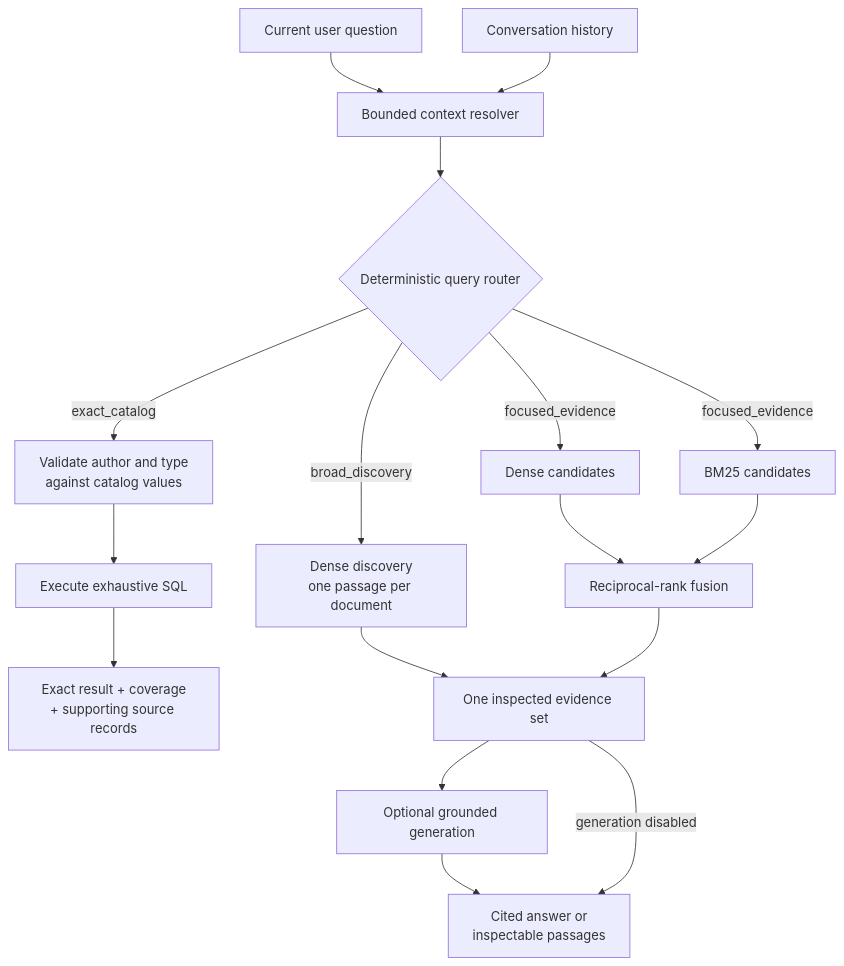
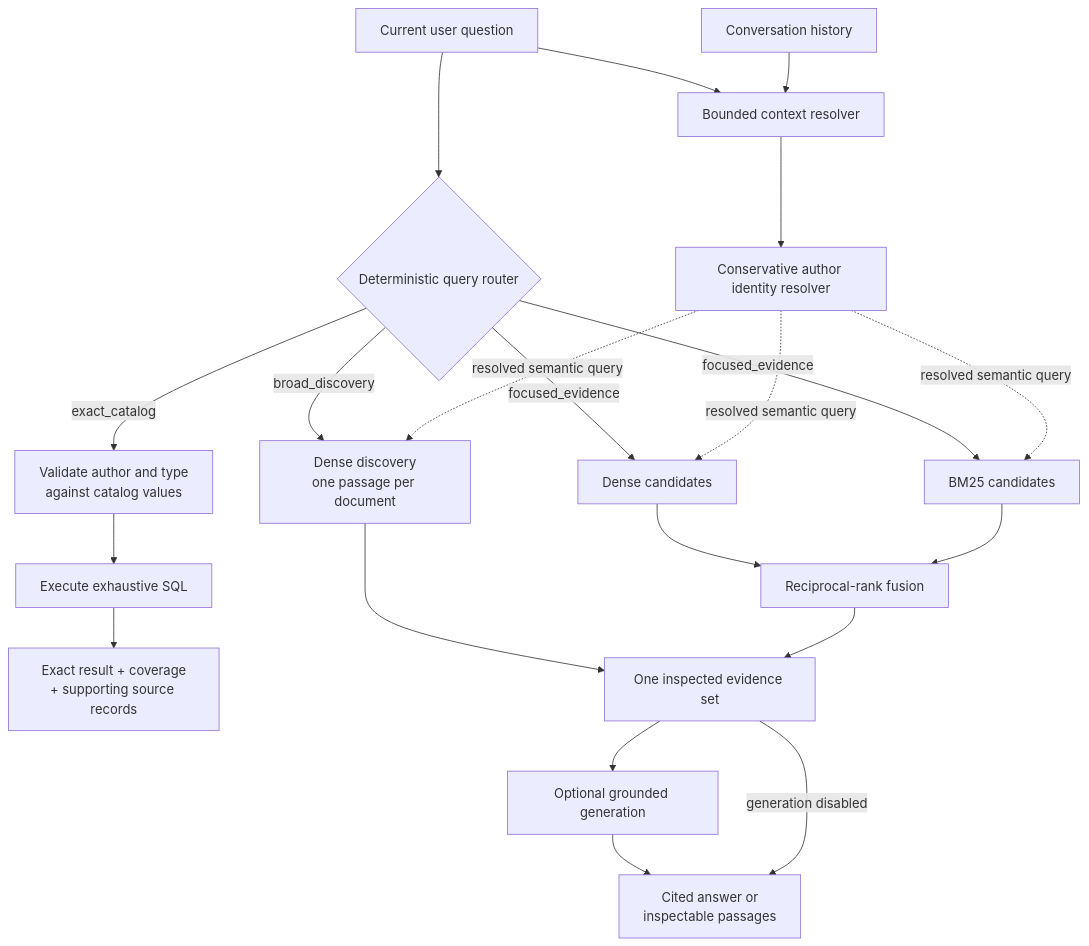
Before and after one commit to BrentWilkins/author-corpus-rag: the third of 5 diagrams in docs/architecture.md, drawn with Mermaid. The commit also changed other lines of this file and 15 other files, not shown here.

Commit message:
Add conservative author identity resolution

````diff
--- a/docs/architecture.md
+++ b/docs/architecture.md
@@ -104,31 +104,36 @@
 ```mermaid
 flowchart TB
     question[Current user question]
     history[Conversation history]
     context[Bounded context resolver]
+    identity[Conservative author identity resolver]
     router{Deterministic query router}
 
     exact_args[Validate author and type<br/>against catalog values]
     exact_query[Execute exhaustive SQL]
     exact_result[Exact result + coverage<br/>+ supporting source records]
 
     discovery[Dense discovery<br/>one passage per document]
     dense[Dense candidates]
     bm25[BM25 candidates]
     rrf[Reciprocal-rank fusion]
     evidence[One inspected evidence set]
     generator[Optional grounded generation]
     semantic_result[Cited answer or<br/>inspectable passages]
 
+    question --> router
     question --> context
     history --> context
-    context --> router
+    context --> identity
 
     router -->|exact_catalog| exact_args --> exact_query --> exact_result
     router -->|broad_discovery| discovery --> evidence
     router -->|focused_evidence| dense --> rrf
     router -->|focused_evidence| bm25 --> rrf
+    identity -. resolved semantic query .-> discovery
+    identity -. resolved semantic query .-> dense
+    identity -. resolved semantic query .-> bm25
     rrf --> evidence
     evidence --> generator --> semantic_result
     evidence -->|generation disabled| semantic_result
 ```
````
